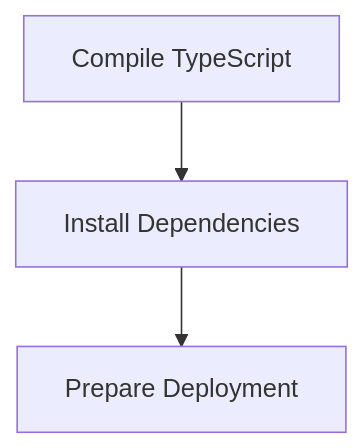
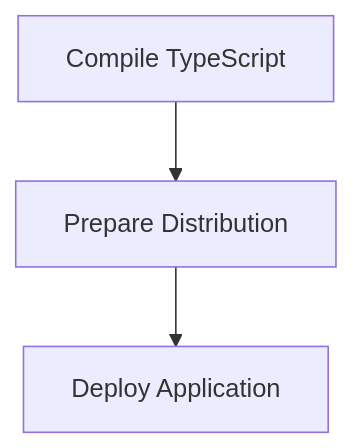
Before and after one commit to mmethodz/dreamgraph: the diagram in docs/workflows/build-deploy.md, drawn with Mermaid. The commit also changed other lines of this file and 238 other files, not shown here.

````diff
--- a/docs/workflows/build-deploy.md
+++ b/docs/workflows/build-deploy.md
@@ -10,8 +10,8 @@
 ```mermaid
 flowchart TD
     S1["Compile TypeScript"]
-    S2["Install Dependencies"]
+    S2["Prepare Distribution"]
     S1 --> S2
-    S3["Prepare Deployment"]
+    S3["Deploy Application"]
     S2 --> S3
 ```
````
